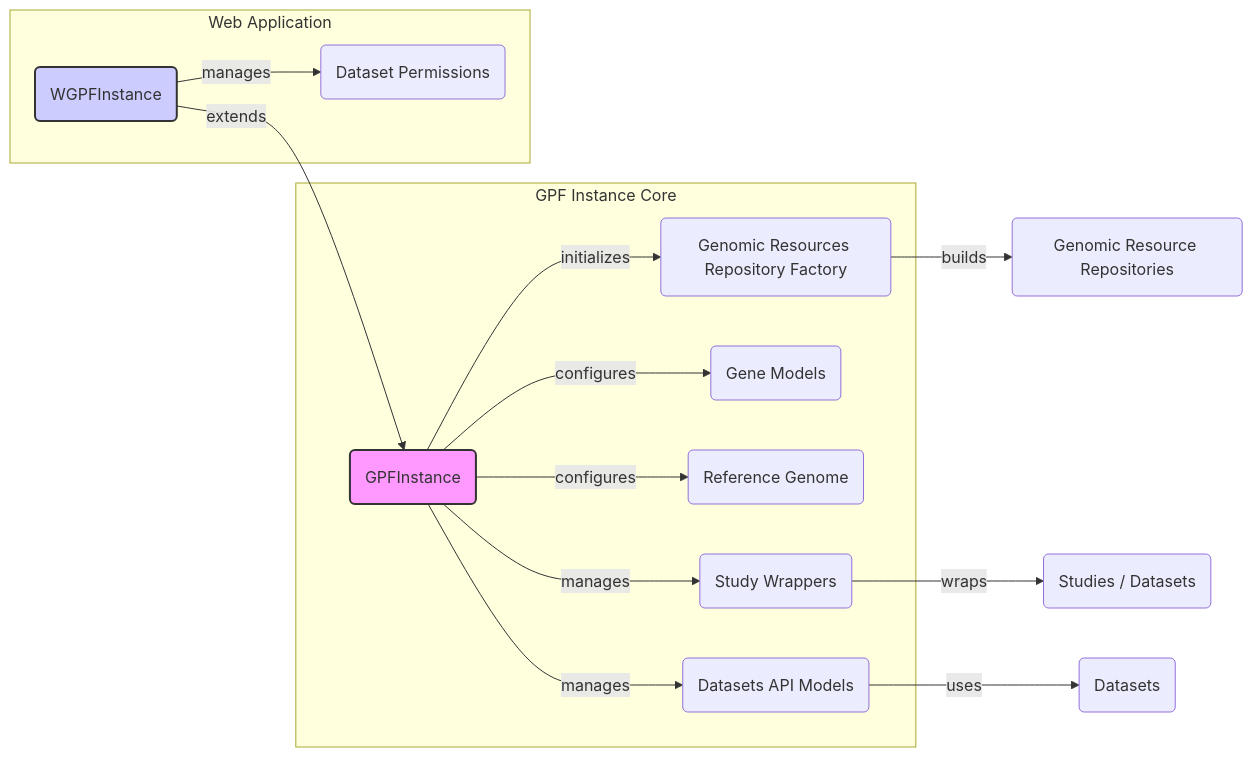
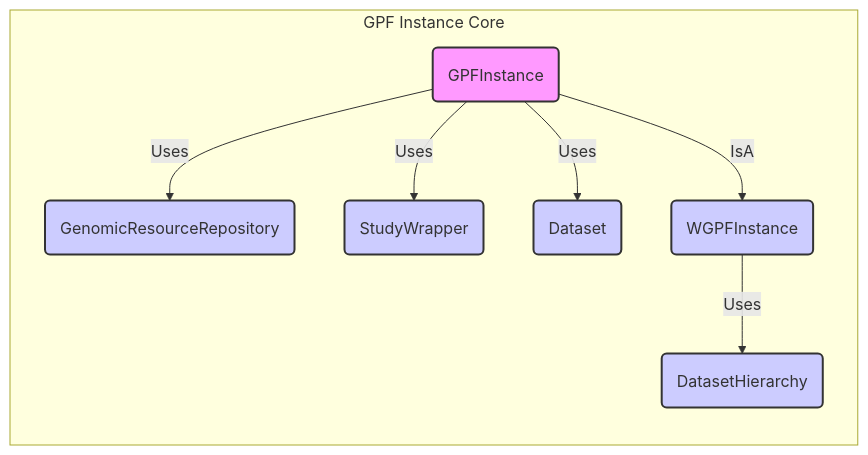
One commit to CodeBoarding/GeneratedOnBoardings changed the diagram in gpf/GPF Instance Core.md. Above: the diagram before and after it, drawn with Mermaid. The commit also changed other lines of this file and 6 other files, not shown here.

````diff
--- a/gpf/GPF Instance Core.md
+++ b/gpf/GPF Instance Core.md
@@ -1,22 +1,20 @@
 ```mermaid
-graph LR
+flowchart LR
     subgraph GPF Instance Core
-        GPFInstance(GPFInstance) -- initializes --> GRRepoFactory(Genomic Resources Repository Factory)
-        GPFInstance -- configures --> GeneModels(Gene Models)
-        GPFInstance -- configures --> ReferenceGenome(Reference Genome)
-        GPFInstance -- manages --> StudyWrappers(Study Wrappers)
-        GPFInstance -- manages --> DatasetsAPI(Datasets API Models)
+        GPFInstance(GPFInstance) -- Uses --> GenomicResourceRepository(GenomicResourceRepository)
+        GPFInstance -- Uses --> StudyWrapper(StudyWrapper)
+        GPFInstance -- Uses --> Dataset(Dataset)
+        GPFInstance -- IsA --> WGPFInstance(WGPFInstance)
+        WGPFInstance -- Uses --> DatasetHierarchy(DatasetHierarchy)
     end
-    
-    subgraph Web Application
-        WGPFInstance(WGPFInstance) -- extends --> GPFInstance
-        WGPFInstance -- manages --> DatasetPermissions(Dataset Permissions)
-    end
-
-    GRRepoFactory -- builds --> GRRepositories(Genomic Resource Repositories)
-    StudyWrappers -- wraps --> Studies(Studies / Datasets)
-    DatasetsAPI -- uses --> Datasets(Datasets)
 
     style GPFInstance fill:#f9f,stroke:#333,stroke-width:2px
     style WGPFInstance fill:#ccf,stroke:#333,stroke-width:2px
+    style GenomicResourceRepository fill:#ccf,stroke:#333,stroke-width:2px
+    style StudyWrapper fill:#ccf,stroke:#333,stroke-width:2px
+    style Dataset fill:#ccf,stroke:#333,stroke-width:2px
+    style DatasetHierarchy fill:#ccf,stroke:#333,stroke-width:2px
+
+
+
 ```
````
